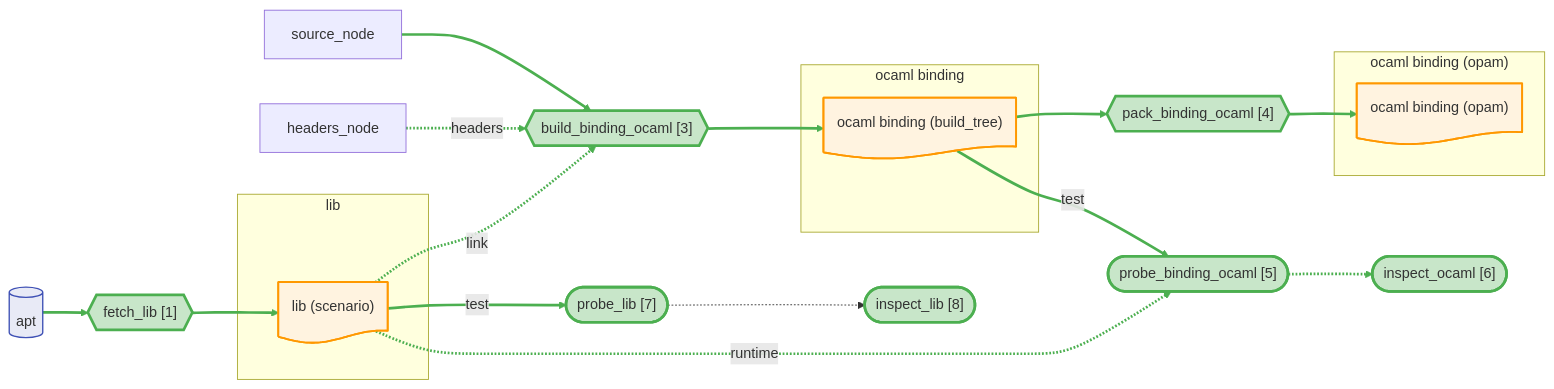
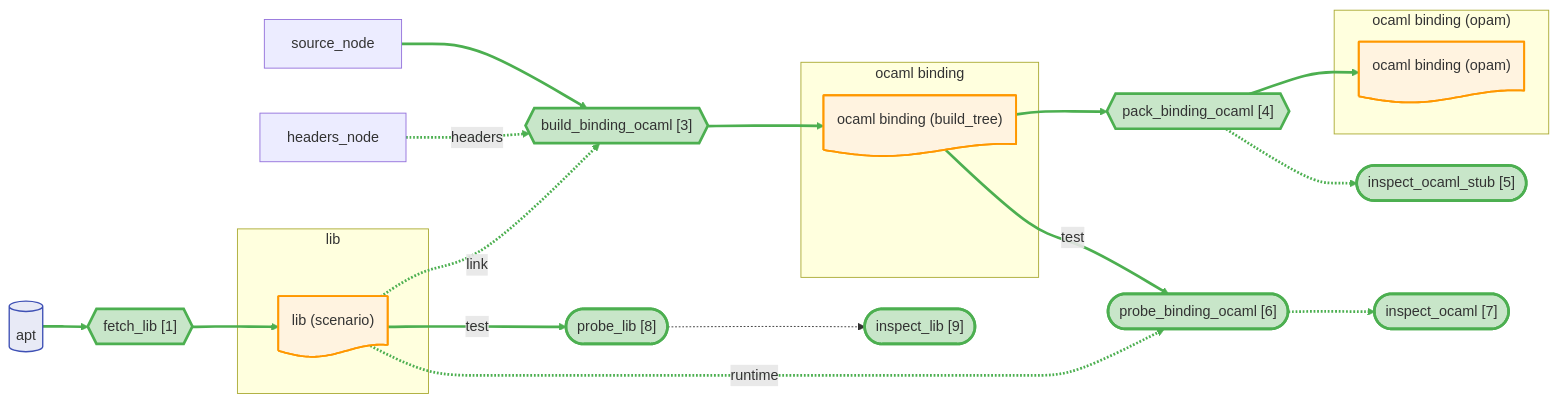
One commit to JHU-PL-Lab/tola changed the diagram in docs/canary/projects/zarith/-run/diagrams/full.mmd. Above: the diagram before and after it, drawn with Mermaid. The commit also changed 129 other files, not shown here.

```diff
--- a/docs/canary/projects/zarith/-run/diagrams/full.mmd
+++ b/docs/canary/projects/zarith/-run/diagrams/full.mmd
@@ -1,65 +1,69 @@
 %% view: full
 graph LR
     subgraph lib_sg ["lib"]
       lib_node@{ shape: doc, label: "lib (scenario)" }
     end
     subgraph ocaml_binding_input_sg ["ocaml binding"]
       ocaml_binding_build_tree_node@{ shape: doc, label: "ocaml binding (build_tree)" }
     end
     subgraph ocaml_binding_product_sg ["ocaml binding (opam)"]
       ocaml_binding_opam_node@{ shape: doc, label: "ocaml binding (opam)" }
     end
 
     apt_store@{ shape: cyl, label: "apt" }
 
     A_fetch_lib{{"fetch_lib [1]"}}
     A_build_binding_ocaml{{"build_binding_ocaml [3]"}}
     A_pack_binding_ocaml{{"pack_binding_ocaml [4]"}}
-    A_probe_binding_ocaml(["probe_binding_ocaml [5]"])
-    A_probe_binding_ocaml_inspect(["inspect_ocaml [6]"])
-    A_probe_lib(["probe_lib [7]"])
-    A_probe_lib_inspect(["inspect_lib [8]"])
+    A_pack_binding_ocaml_stub_inspect(["inspect_ocaml_stub [5]"])
+    A_probe_binding_ocaml(["probe_binding_ocaml [6]"])
+    A_probe_binding_ocaml_inspect(["inspect_ocaml [7]"])
+    A_probe_lib(["probe_lib [8]"])
+    A_probe_lib_inspect(["inspect_lib [9]"])
 
     apt_store --> A_fetch_lib --> lib_node
     lib_node -->|test| A_probe_lib
     source_node --> A_build_binding_ocaml
     headers_node -.->|headers| A_build_binding_ocaml
     lib_node -.->|link| A_build_binding_ocaml
     A_build_binding_ocaml --> ocaml_binding_build_tree_node
     ocaml_binding_build_tree_node --> A_pack_binding_ocaml
     A_pack_binding_ocaml --> ocaml_binding_opam_node
     ocaml_binding_build_tree_node -->|test| A_probe_binding_ocaml
     lib_node -.->|runtime| A_probe_binding_ocaml
+    A_pack_binding_ocaml -.-> A_pack_binding_ocaml_stub_inspect
     A_probe_binding_ocaml -.-> A_probe_binding_ocaml_inspect
     A_probe_lib -.-> A_probe_lib_inspect
 
     classDef artifact fill:#fff3e0,stroke:#ff9800,stroke-width:2px
     classDef store fill:#e8eaf6,stroke:#3f51b5,stroke-width:1.5px
     classDef st_done fill:#c8e6c9,stroke:#4caf50,stroke-width:3px
     classDef st_done_ctx fill:#e8f5e9,stroke:#a5d6a7,stroke-width:1.5px
     classDef st_expected_fail fill:#fff9c4,stroke:#f9a825,stroke-width:2px
     classDef st_failed fill:#ffcdd2,stroke:#c62828,stroke-width:2px
     classDef st_skipped fill:#f5f5f5,stroke:#9e9e9e,stroke-dasharray:5
     classDef st_nospec fill:#fafafa,stroke:#bdbdbd,stroke-dasharray:5
     class lib_node,ocaml_binding_build_tree_node,ocaml_binding_opam_node artifact
     class apt_store store
     class A_fetch_lib st_done
     class A_fetch_binding_source_ocaml st_done
     class A_build_binding_ocaml st_done
     class A_pack_binding_ocaml st_done
+    class A_pack_binding_ocaml_stub_inspect st_done
     class A_probe_binding_ocaml st_done
     class A_probe_binding_ocaml_inspect st_done
     class A_probe_lib st_done
     class A_probe_lib_inspect st_done
     linkStyle 0 stroke:#4caf50,stroke-width:3px
     linkStyle 1 stroke:#4caf50,stroke-width:3px
     linkStyle 2 stroke:#4caf50,stroke-width:3px
     linkStyle 3 stroke:#4caf50,stroke-width:3px
     linkStyle 4 stroke:#4caf50,stroke-width:3px
     linkStyle 5 stroke:#4caf50,stroke-width:3px
     linkStyle 6 stroke:#4caf50,stroke-width:3px
     linkStyle 7 stroke:#4caf50,stroke-width:3px
     linkStyle 8 stroke:#4caf50,stroke-width:3px
     linkStyle 9 stroke:#4caf50,stroke-width:3px
     linkStyle 10 stroke:#4caf50,stroke-width:3px
     linkStyle 11 stroke:#4caf50,stroke-width:3px
+    linkStyle 12 stroke:#4caf50,stroke-width:3px
```
